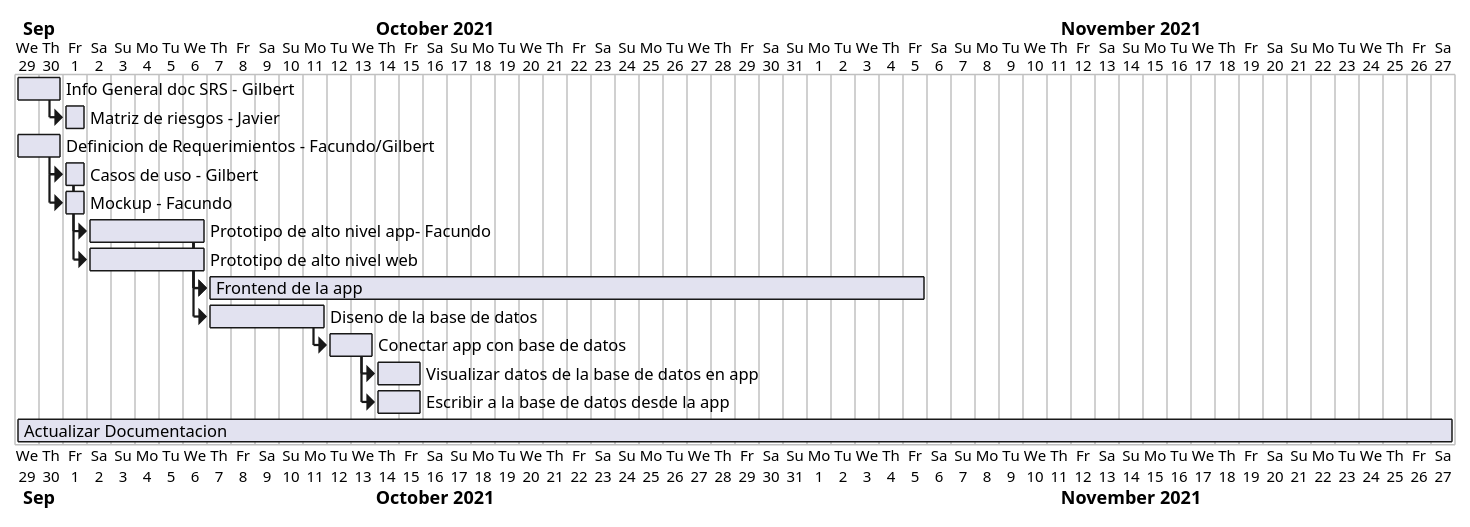
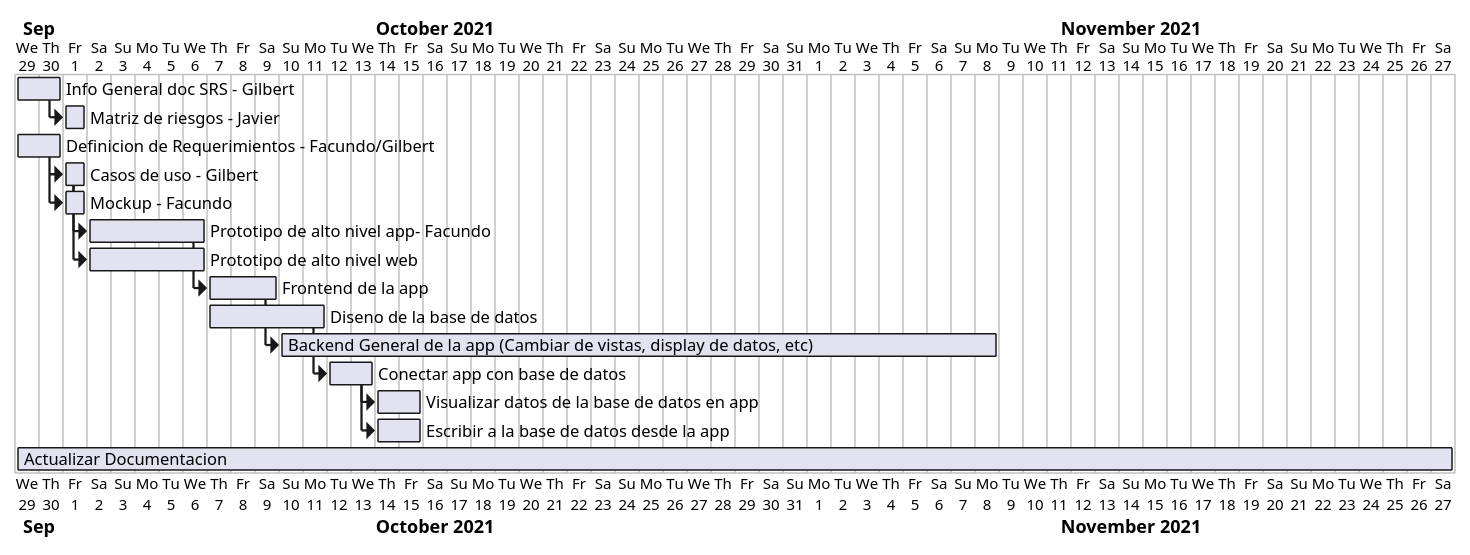
Before and after one commit to facund015/codeRelatedObsidianNotes: the diagram in Diagramas.md, drawn with PlantUML. The commit also changed 1 other file, not shown here.

Commit message:
vault backup: 2021-10-01 15:57:30

````diff
--- a/Diagramas.md
+++ b/Diagramas.md
@@ -1,31 +1,32 @@
 ```plantuml
 
 @startgantt
 Project starts 2021-09-29
 
 [Info General doc SRS - Gilbert] as [SRS] lasts 2 days and starts 2021-09-29
 [Matriz de riesgos - Javier] as [MR] lasts 1 days and starts at [SRS]'s end
 
 [Definicion de Requerimientos - Facundo/Gilbert] as [DR] lasts 2 day and starts 2021-09-29
 [Casos de uso - Gilbert] as [CS] lasts 1 day and starts at [DR]'s end
 [Mockup - Facundo] as [MP] lasts 1 days and starts at [CS]'s start
 
 [Prototipo de alto nivel app- Facundo] as [PAN] lasts 5 days and starts at [CS]'s end
 [Prototipo de alto nivel web] as [PAW] lasts 5 days and starts at [CS]'s end
+
 [Frontend de la app] as [FEA] lasts 3 days and starts at [PAN]'s end
-[Diseno de la base de datos] as [DBD] lasts 5 days and starts at [PAN]'s end
-[Backend General de la app (Cambiar de vistas, display de datos, etc)] as [FEA] lasts 30 days and starts at [PAN]'s end
+[Diseno de la base de datos] as [DBD] lasts 5 days and starts 2021-10-7
+[Backend General de la app (Cambiar de vistas, display de datos, etc)] as [BGA] lasts 30 days and starts at [FEA]'s end
 
 [Conectar app con base de datos] as [CBD] lasts 2 days and starts at [DBD]'s end
 [Visualizar datos de la base de datos en app] as [VBD] lasts 2 days and starts at [CBD]'s end
 [Escribir a la base de datos desde la app] as [EBD] lasts 2 days and starts at [CBD]'s end
 
 
 
 
 [Actualizar Documentacion] as [ASRS] lasts 60 days
 @endgantt
 
 
 
 ```
````
